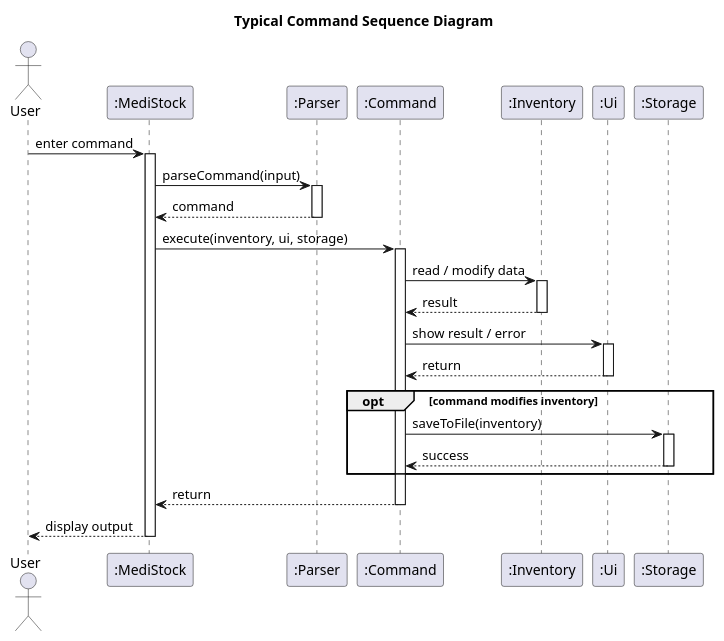
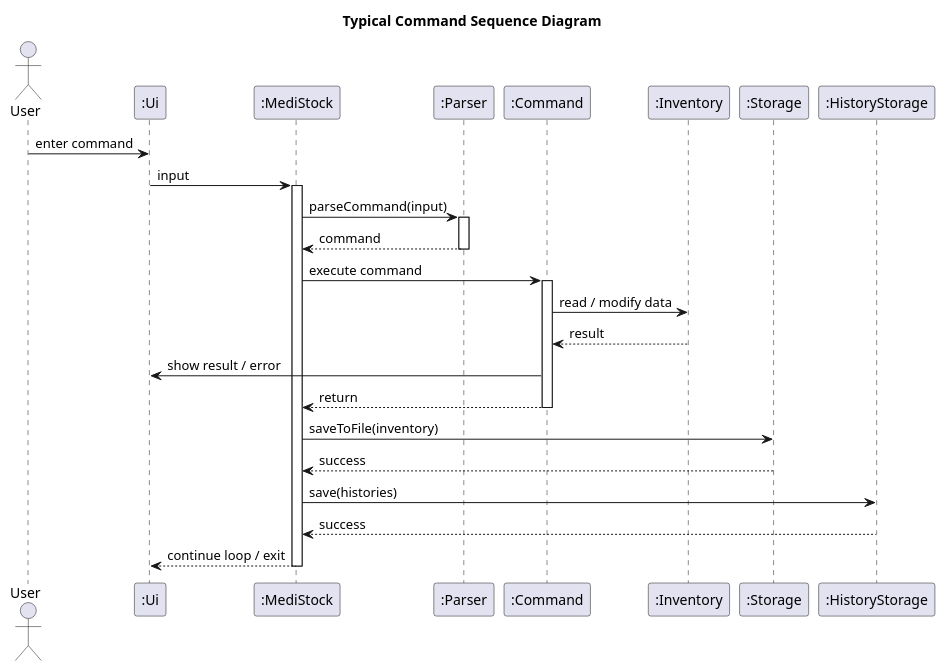
Before and after one commit to Yonish18/tp: the diagram in docs/uml/HighLevelComponentsInteractionsSequenceDiagram.puml, drawn with PlantUML. The commit also changed 2 other files, not shown here.

Commit message:
Update typical command sequence diagram.

```diff
--- a/docs/uml/HighLevelComponentsInteractionsSequenceDiagram.puml
+++ b/docs/uml/HighLevelComponentsInteractionsSequenceDiagram.puml
@@ -1,45 +1,42 @@
 @startuml
 title Typical Command Sequence Diagram
 
 actor User
+participant ":Ui" as Ui
 participant ":MediStock" as App
 participant ":Parser" as Parser
 participant ":Command" as Command
 participant ":Inventory" as Inventory
-participant ":Ui" as Ui
 participant ":Storage" as Storage
+participant ":HistoryStorage" as HistoryStorage
 
-User -> App : enter command
+User -> Ui : enter command
+Ui -> App : input
 activate App
 
 App -> Parser : parseCommand(input)
 activate Parser
 Parser --> App : command
 deactivate Parser
 
-App -> Command : execute(inventory, ui, storage)
+App -> Command : execute command
 activate Command
 
 Command -> Inventory : read / modify data
-activate Inventory
 Inventory --> Command : result
-deactivate Inventory
 
 Command -> Ui : show result / error
-activate Ui
-Ui --> Command : return
-deactivate Ui
 
-opt command modifies inventory
-    Command -> Storage : saveToFile(inventory)
-    activate Storage
-    Storage --> Command : success
-    deactivate Storage
-end
 
 Command --> App : return
 deactivate Command
 
-App --> User : display output
+App -> Storage : saveToFile(inventory)
+Storage --> App : success
+
+App -> HistoryStorage : save(histories)
+HistoryStorage --> App : success
+
+App --> Ui : continue loop / exit
 deactivate App
 @enduml
```
